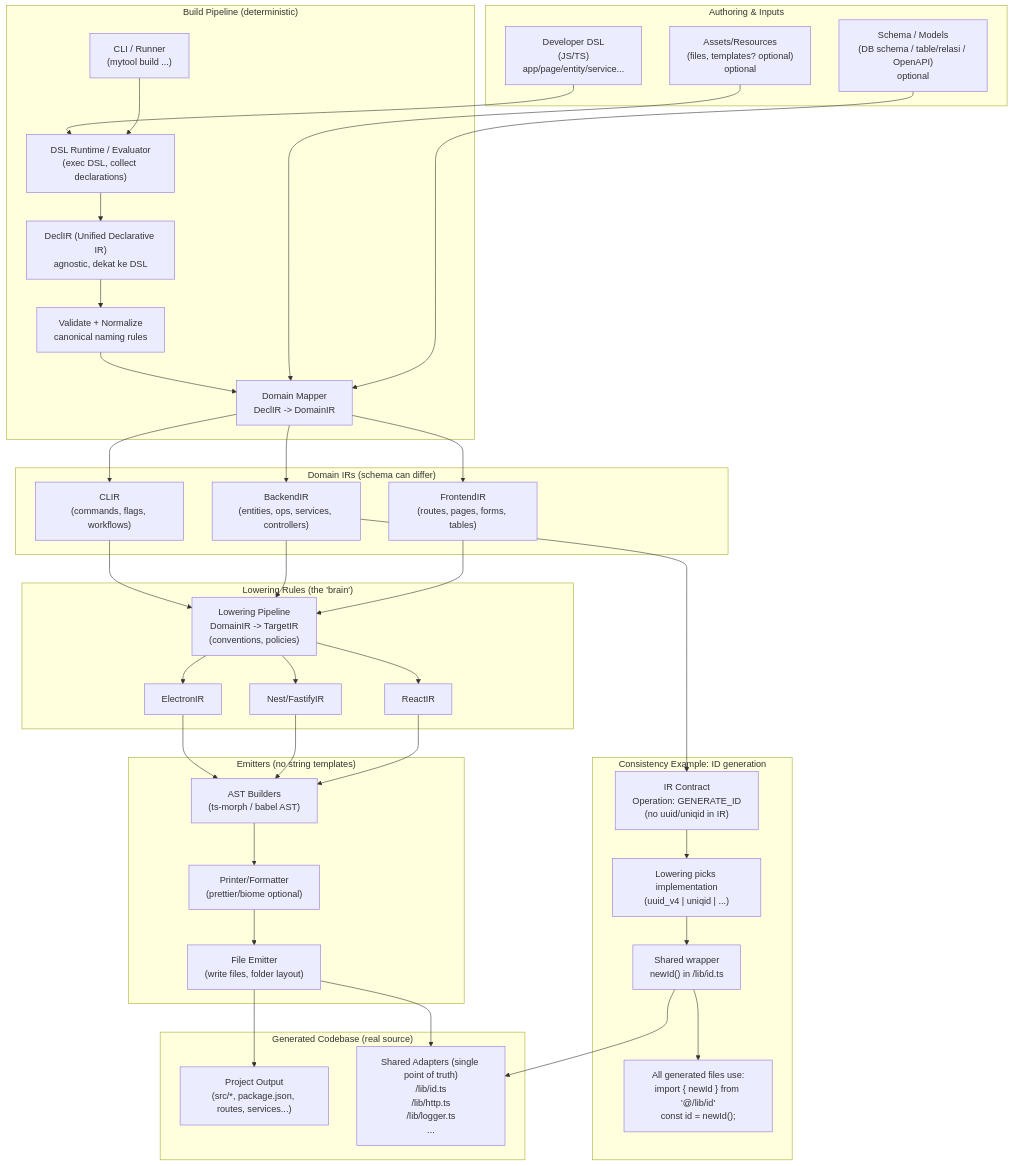
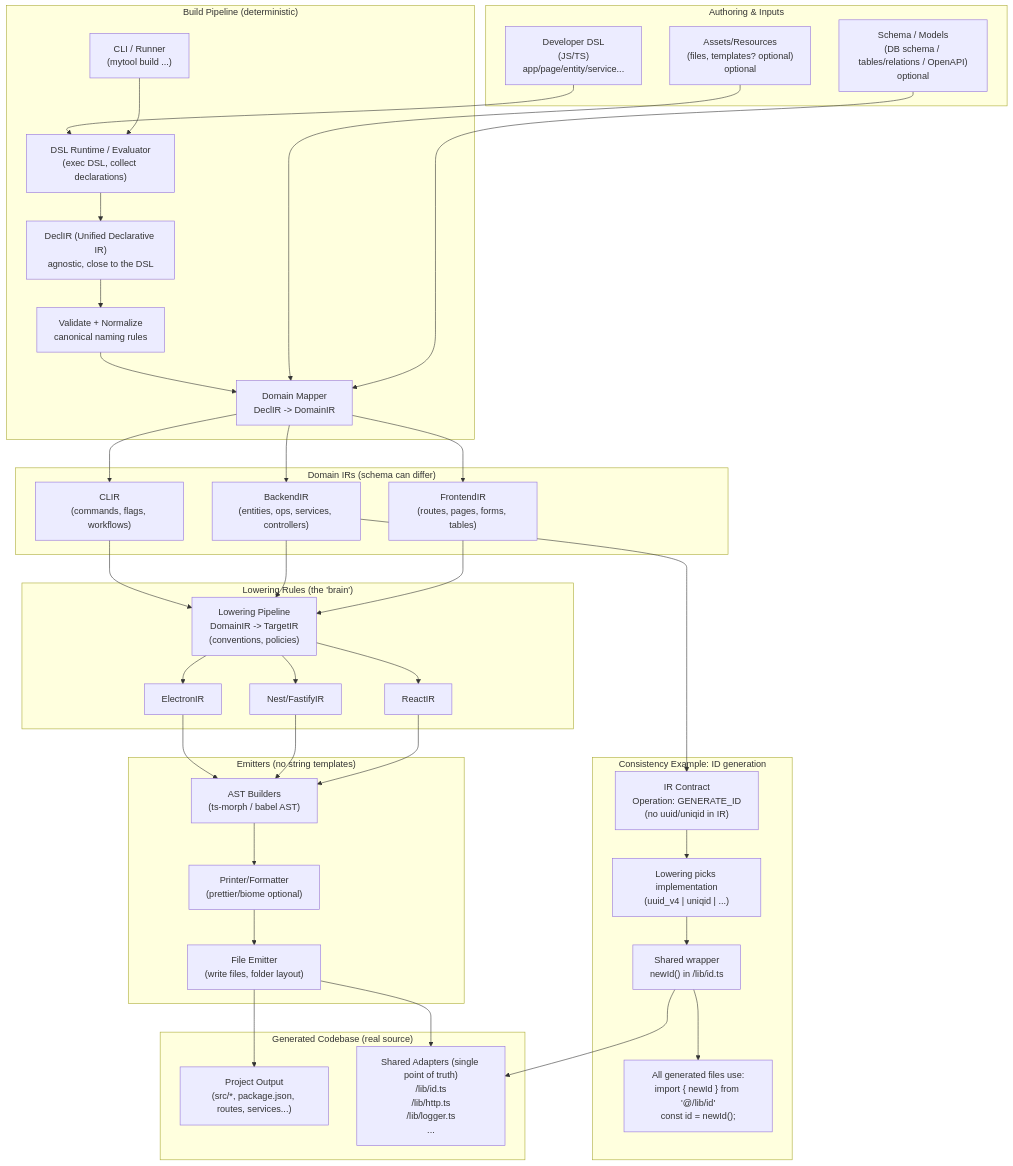
Before and after one commit to agusmade/irgen: the diagram in docs/ARCHITECTURE.md, drawn with Mermaid. The commit also changed other lines of this file and 23 other files, not shown here.

```diff
--- a/docs/ARCHITECTURE.md
+++ b/docs/ARCHITECTURE.md
@@ -20,7 +20,7 @@
   %% =========================
   subgraph A[Authoring & Inputs]
     DSL["Developer DSL\n(JS/TS)\napp/page/entity/service..."]
-    SCHEMA["Schema / Models\n(DB schema / table/relasi / OpenAPI)\noptional"]
+    SCHEMA["Schema / Models\n(DB schema / tables/relations / OpenAPI)\noptional"]
     ASSETS["Assets/Resources\n(files, templates? optional)\noptional"]
   end
 
@@ -30,7 +30,7 @@
   subgraph B["Build Pipeline (deterministic)"]
     CLI["CLI / Runner\n(mytool build ...)"]
     RT["DSL Runtime / Evaluator\n(exec DSL, collect declarations)"]
-    DECL["DeclIR (Unified Declarative IR)\nagnostic, dekat ke DSL"]
+    DECL["DeclIR (Unified Declarative IR)\nagnostic, close to the DSL"]
     VALID["Validate + Normalize\ncanonical naming rules"]
     MAP["Domain Mapper\nDeclIR -> DomainIR"]
   end
```
